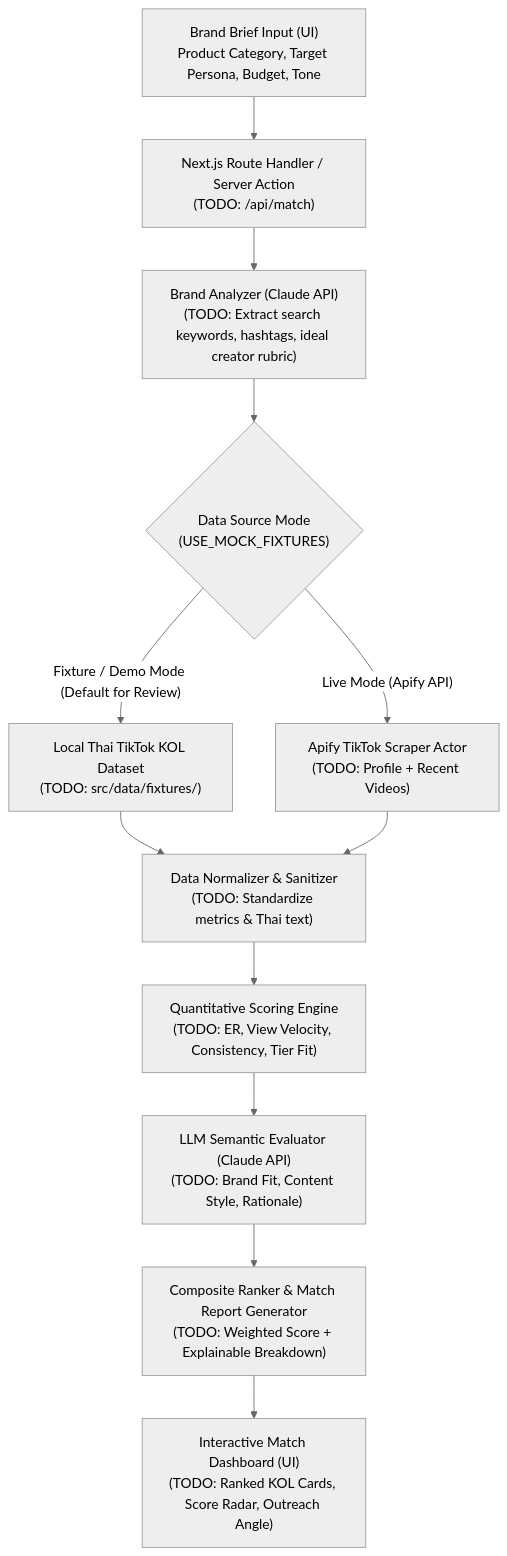
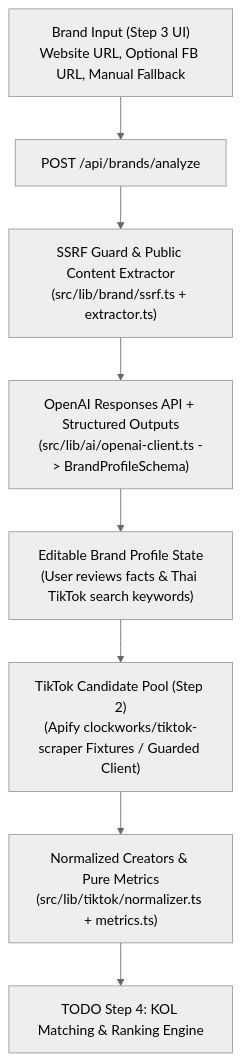
The diagram in docs/architecture.md (worapon888/convert-cake-kol-matcher), drawn with Mermaid (neutral theme) before and after one commit. The commit also changed other lines of this file and 17 other files, not shown here.

Commit message:
feat(brand): implement Step 3 AI Brand Analyzer with OpenAI Responses API, SSRF guard, and tests

````diff
--- a/docs/architecture.md
+++ b/docs/architecture.md
@@ -22,14 +14,10 @@
 ```mermaid
 flowchart TD
-    A["Brand Brief Input (UI)\nProduct Category, Target Persona, Budget, Tone"] --> B["Next.js Route Handler / Server Action\n(TODO: /api/match)"]
-    B --> C["Brand Analyzer (Claude API)\n(TODO: Extract search keywords, hashtags, ideal creator rubric)"]
-    C --> D{"Data Source Mode\n(USE_MOCK_FIXTURES)"}
-    D -- "Fixture / Demo Mode (Default for Review)" --> E["Local Thai TikTok KOL Dataset\n(TODO: src/data/fixtures/)"]
-    D -- "Live Mode (Apify API)" --> F["Apify TikTok Scraper Actor\n(TODO: Profile + Recent Videos)"]
-    E --> G["Data Normalizer & Sanitizer\n(TODO: Standardize metrics & Thai text)"]
-    F --> G
-    G --> H["Quantitative Scoring Engine\n(TODO: ER, View Velocity, Consistency, Tier Fit)"]
-    H --> I["LLM Semantic Evaluator (Claude API)\n(TODO: Brand Fit, Content Style, Rationale)"]
-    I --> J["Composite Ranker & Match Report Generator\n(TODO: Weighted Score + Explainable Breakdown)"]
-    J --> K["Interactive Match Dashboard (UI)\n(TODO: Ranked KOL Cards, Score Radar, Outreach Angle)"]
+    A["Brand Input (Step 3 UI)\nWebsite URL, Optional FB URL, Manual Fallback"] --> B["POST /api/brands/analyze"]
+    B --> C["SSRF Guard & Public Content Extractor\n(src/lib/brand/ssrf.ts + extractor.ts)"]
+    C --> D["OpenAI Responses API + Structured Outputs\n(src/lib/ai/openai-client.ts -> BrandProfileSchema)"]
+    D --> E["Editable Brand Profile State\n(User reviews facts & Thai TikTok search keywords)"]
+    E --> F["TikTok Candidate Pool (Step 2)\n(Apify clockworks/tiktok-scraper Fixtures / Guarded Client)"]
+    F --> G["Normalized Creators & Pure Metrics\n(src/lib/tiktok/normalizer.ts + metrics.ts)"]
+    G --> H["TODO Step 4: KOL Matching & Ranking Engine"]
 ```
````
